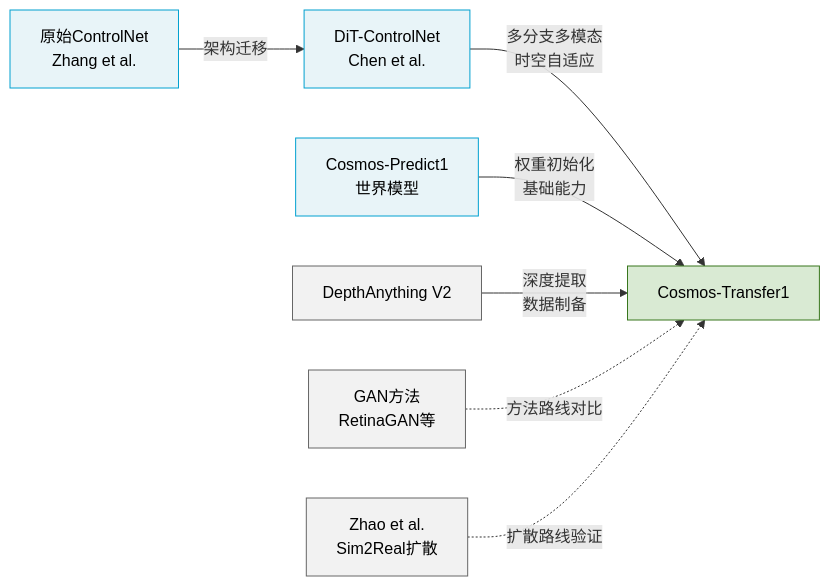
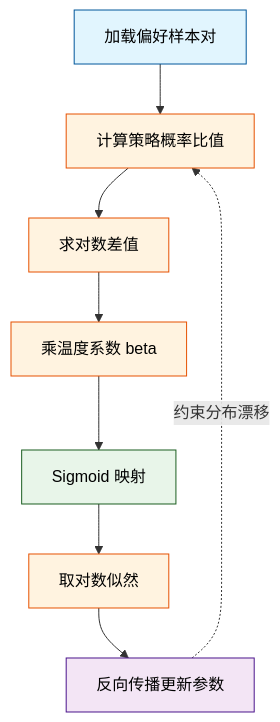
One commit to ShinewineW/paper-rolling changed the fourth of 10 diagrams in person_vault/2026-06-07_CosmosTransfer1_2503.14492/report.md. Above: the diagram before and after it, drawn with Mermaid. The commit also changed other lines of this file and 300 other files, not shown here.

````diff
--- a/person_vault/2026-06-07_CosmosTransfer1_2503.14492/report.md
+++ b/person_vault/2026-06-07_CosmosTransfer1_2503.14492/report.md
@@ -320,16 +154,17 @@
 ```mermaid
-graph LR
-    ctrl_unet["原始ControlNet<br>Zhang et al."] --> |架构迁移| ctrl_dit["DiT-ControlNet<br>Chen et al."]
-    ctrl_dit --> |多分支多模态<br>时空自适应| cosmos_t1["Cosmos-Transfer1"]
-    cosmos_pred["Cosmos-Predict1<br>世界模型"] --> |权重初始化<br>基础能力| cosmos_t1
-    depth_any["DepthAnything V2"] --> |深度提取<br>数据制备| cosmos_t1
-    gan["GAN方法<br>RetinaGAN等"] -.-> |方法路线对比| cosmos_t1
-    sim2real["Zhao et al.<br>Sim2Real扩散"] -.-> |扩散路线验证| cosmos_t1
+flowchart TD
+    classDef data fill:#e1f5fe,stroke:#01579b,color:#000;
+    classDef process fill:#fff3e0,stroke:#e65100,color:#000;
+    classDef decision fill:#e8f5e9,stroke:#1b5e20,color:#000;
+    classDef output fill:#f3e5f5,stroke:#4a148c,color:#000;
 
-    classDef base fill:#e8f4f8,stroke:#00a0d0,color:#000
-    classDef tool fill:#f2f2f2,stroke:#666,color:#000
-    classDef main fill:#d9ead3,stroke:#38761d,color:#000
-    class cosmos_t1 main
-    class ctrl_unet,ctrl_dit,cosmos_pred base
-    class depth_any,gan,sim2real tool
+    sample_pair["加载偏好样本对"]:::data --> calc_ratio["计算策略概率比值"]:::process
+    calc_ratio --> diff_logit["求对数差值"]:::process
+    diff_logit --> scale_beta["乘温度系数 beta"]:::process
+    scale_beta --> sigmoid_gate["Sigmoid 映射"]:::decision
+    sigmoid_gate --> log_loss["取对数似然"]:::process
+    log_loss --> grad_update["反向传播更新参数"]:::output
+    grad_update -. 约束分布漂移 .-> calc_ratio
+
+    %% 如何读图：主流程自上而下展示损失计算的数据流向。菱形节点代表非线性门控，圆角矩形为起止与处理步骤。虚线箭头表示 KL 正则项在优化循环中形成的隐式反馈回路，确保策略更新不脱离参考分布。
 ```
````
